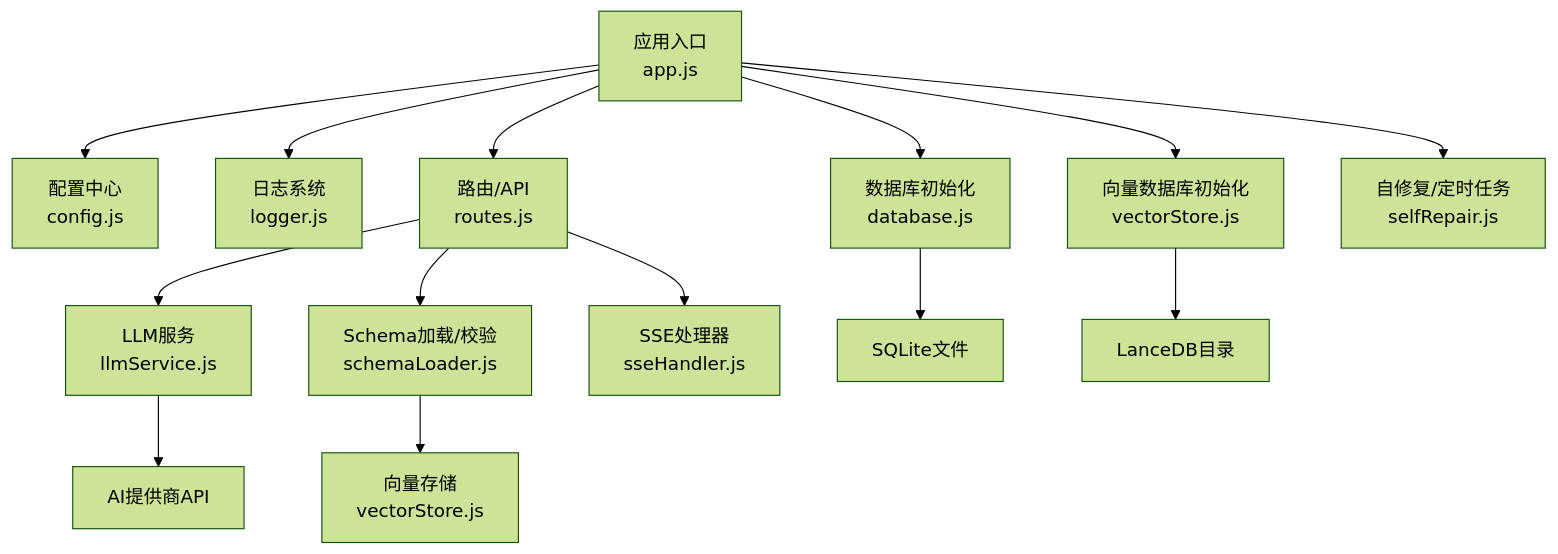
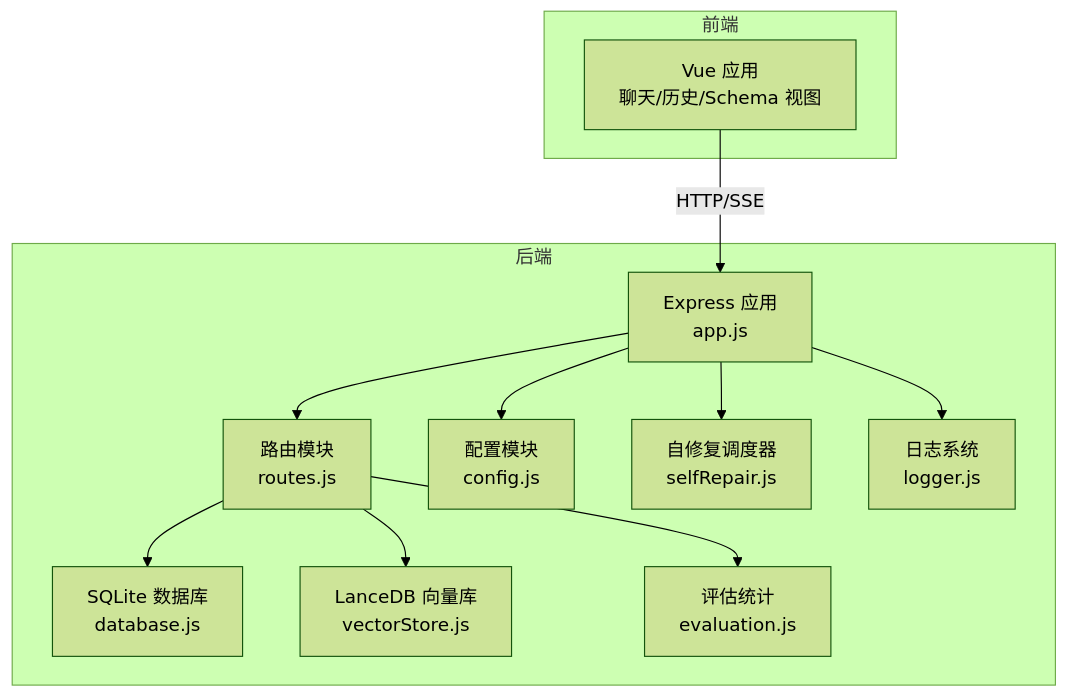
The first of 7 diagrams in NL2SQL/.qoder/repowiki/zh/content/故障排除.md (HanHuiOnLine/724-office), drawn with Mermaid (forest theme) before and after one commit. The commit also changed other lines of this file and 200 other files, not shown here.

````diff
--- a/NL2SQL/.qoder/repowiki/zh/content/故障排除.md
+++ b/NL2SQL/.qoder/repowiki/zh/content/故障排除.md
@@ -46,16 +41,24 @@
 ```mermaid
 graph TB
-A["应用入口<br/>app.js"] --> B["配置中心<br/>config.js"]
-A --> C["日志系统<br/>logger.js"]
-A --> D["数据库初始化<br/>database.js"]
-A --> E["向量数据库初始化<br/>vectorStore.js"]
-A --> F["路由/API<br/>routes.js"]
-A --> G["自修复/定时任务<br/>selfRepair.js"]
-F --> H["LLM服务<br/>llmService.js"]
-F --> I["Schema加载/校验<br/>schemaLoader.js"]
-F --> J["SSE处理器<br/>sseHandler.js"]
-H --> K["AI提供商API"]
-I --> L["向量存储<br/>vectorStore.js"]
-D --> M["SQLite文件"]
-E --> N["LanceDB目录"]
+subgraph "前端"
+FE_Vue["Vue 应用<br/>聊天/历史/Schema 视图"]
+end
+subgraph "后端"
+BE_App["Express 应用<br/>app.js"]
+BE_Router["路由模块<br/>routes.js"]
+BE_Config["配置模块<br/>config.js"]
+BE_DB["SQLite 数据库<br/>database.js"]
+BE_Vector["LanceDB 向量库<br/>vectorStore.js"]
+BE_SelfRepair["自修复调度器<br/>selfRepair.js"]
+BE_Logger["日志系统<br/>logger.js"]
+BE_Eval["评估统计<br/>evaluation.js"]
+end
+FE_Vue --> |"HTTP/SSE"| BE_App
+BE_App --> BE_Router
+BE_Router --> BE_DB
+BE_Router --> BE_Vector
+BE_Router --> BE_Eval
+BE_App --> BE_Config
+BE_App --> BE_Logger
+BE_App --> BE_SelfRepair
 ```
````
